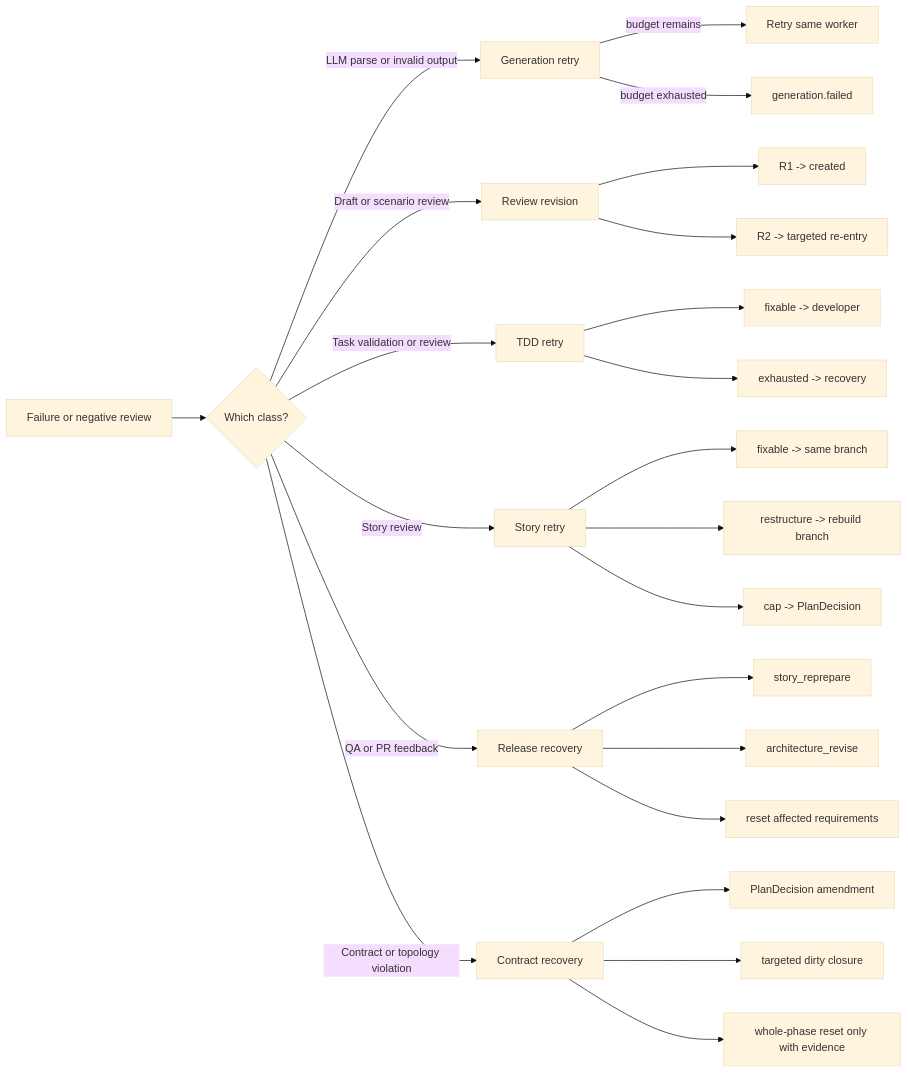
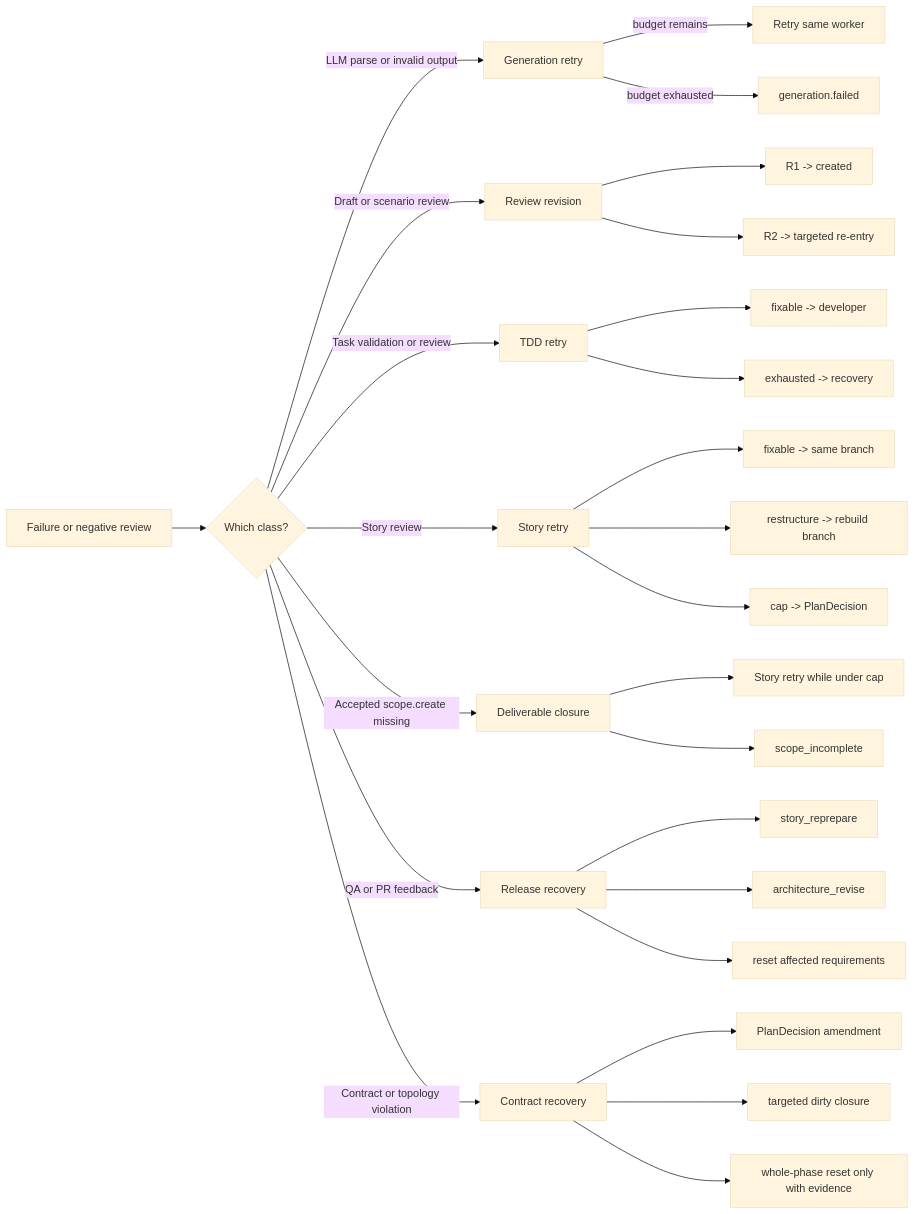
One commit to C360Studio/semspec changed the fourth of 4 diagrams in docs/e2e-flow.md. Above: the diagram before and after it, drawn with Mermaid (base theme). The commit also changed other lines of this file and 3 other files, not shown here.

````diff
--- a/docs/e2e-flow.md
+++ b/docs/e2e-flow.md
@@ -639,30 +707,34 @@
 ```mermaid
 flowchart LR
     Failure["Failure or negative review"] --> Kind{"Which class?"}
     Kind -->|LLM parse or invalid output| Gen["Generation retry"]
     Gen -->|budget remains| Same["Retry same worker"]
     Gen -->|budget exhausted| Reject["generation.failed"]
 
     Kind -->|Draft or scenario review| Review["Review revision"]
     Review --> R1Back["R1 -> created"]
     Review --> R2Back["R2 -> targeted re-entry"]
 
     Kind -->|Task validation or review| TDD["TDD retry"]
     TDD --> DevRetry["fixable -> developer"]
     TDD --> TaskRecovery["exhausted -> recovery"]
 
     Kind -->|Story review| Story["Story retry"]
     Story --> FixStory["fixable -> same branch"]
     Story --> RebuildStory["restructure -> rebuild branch"]
     Story --> StoryRecovery["cap -> PlanDecision"]
 
+    Kind -->|Accepted scope.create missing| Deliverable["Deliverable closure"]
+    Deliverable --> StoryGap["Story retry while under cap"]
+    Deliverable --> ScopeGap["scope_incomplete"]
+
     Kind -->|QA or PR feedback| Release["Release recovery"]
     Release --> StoryReprep["story_reprepare"]
     Release --> ArchRevise["architecture_revise"]
     Release --> TargetedReq["reset affected requirements"]
 
     Kind -->|Contract or topology violation| Contract["Contract recovery"]
     Contract --> Amendment["PlanDecision amendment"]
     Contract --> Dirty["targeted dirty closure"]
     Contract --> Whole["whole-phase reset only with evidence"]
 ```
````
